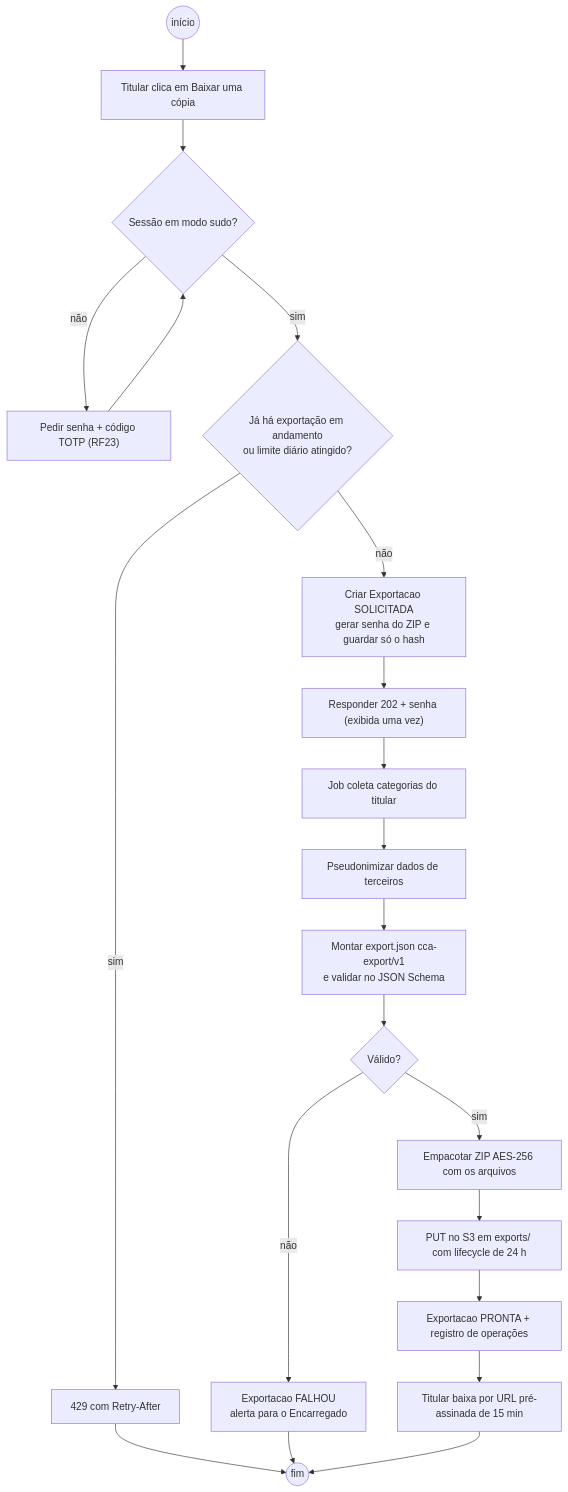
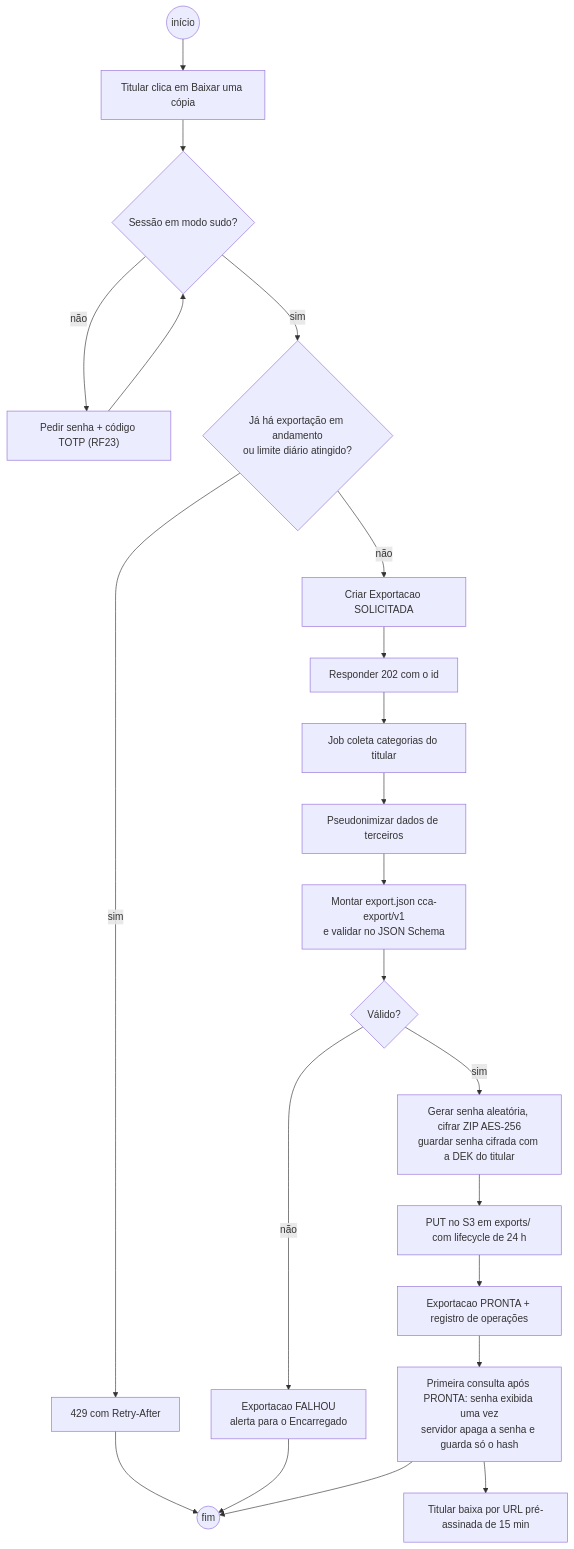
Before and after one commit to MatheusHaliski/CivilConstructorAI: the second of 6 diagrams in docs/rf/RF25-direitos-do-titular.md, drawn with Mermaid. The commit also changed other lines of this file and 5 other files, not shown here.

First line of the commit message:
docs: envoltória como verificação de conclusão, KEK por usuário fora do backup do banco e senha do ZIP gerada pelo job

````diff
--- a/docs/rf/RF25-direitos-do-titular.md
+++ b/docs/rf/RF25-direitos-do-titular.md
@@ -182,20 +185,21 @@
 ```mermaid
 flowchart TD
   ini((início)) --> a1["Titular clica em Baixar uma cópia"]
   a1 --> d1{"Sessão em modo sudo?"}
   d1 -- não --> a2["Pedir senha + código TOTP (RF23)"] --> d1
   d1 -- sim --> d2{"Já há exportação em andamento<br/>ou limite diário atingido?"}
   d2 -- sim --> e1["429 com Retry-After"] --> fim((fim))
-  d2 -- não --> a3["Criar Exportacao SOLICITADA<br/>gerar senha do ZIP e guardar só o hash"]
-  a3 --> a4["Responder 202 + senha (exibida uma vez)"]
+  d2 -- não --> a3["Criar Exportacao SOLICITADA"]
+  a3 --> a4["Responder 202 com o id"]
   a4 --> a5["Job coleta categorias do titular"]
   a5 --> a6["Pseudonimizar dados de terceiros"]
   a6 --> a7["Montar export.json cca-export/v1<br/>e validar no JSON Schema"]
   a7 --> d3{"Válido?"}
   d3 -- não --> e2["Exportacao FALHOU<br/>alerta para o Encarregado"] --> fim
-  d3 -- sim --> a8["Empacotar ZIP AES-256 com os arquivos"]
+  d3 -- sim --> a8["Gerar senha aleatória, cifrar ZIP AES-256<br/>guardar senha cifrada com a DEK do titular"]
   a8 --> a9["PUT no S3 em exports/ com lifecycle de 24 h"]
   a9 --> a10["Exportacao PRONTA + registro de operações"]
-  a10 --> a11["Titular baixa por URL pré-assinada de 15 min"]
+  a10 --> a11["Primeira consulta após PRONTA: senha exibida uma vez<br/>servidor apaga a senha e guarda só o hash"]
+  a11 --> a12["Titular baixa por URL pré-assinada de 15 min"]
   a11 --> fim
 ```
````
